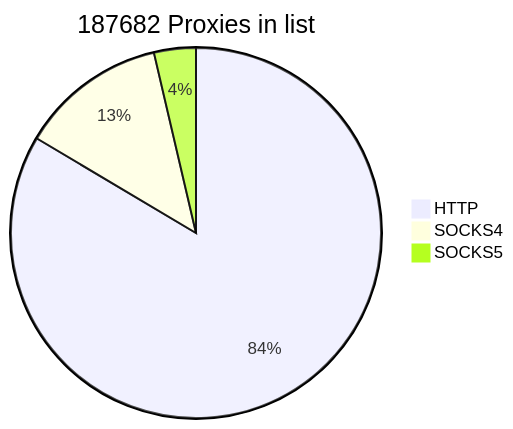
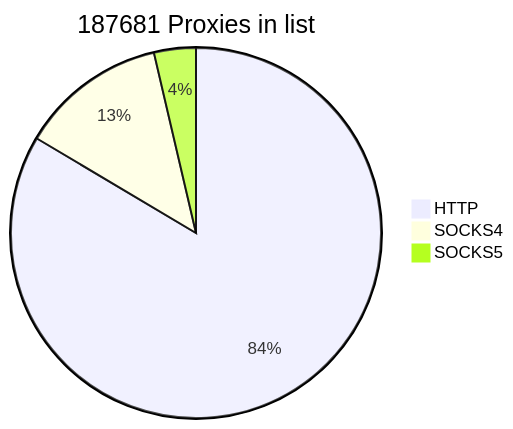
Before and after one commit to cutipu/proxylist: the first of 2 diagrams in README.md, drawn with Mermaid. The commit also changed other lines of this file, not shown here.

````diff
--- a/README.md
+++ b/README.md
@@ -2,7 +2,7 @@
 ```mermaid
-pie title 187682 Proxies in list
-    "HTTP" : 156777
+pie title 187681 Proxies in list
+    "HTTP" : 156775
     "SOCKS4" : 24052
-    "SOCKS5" : 6853
+    "SOCKS5" : 6854
             
 ```
````
